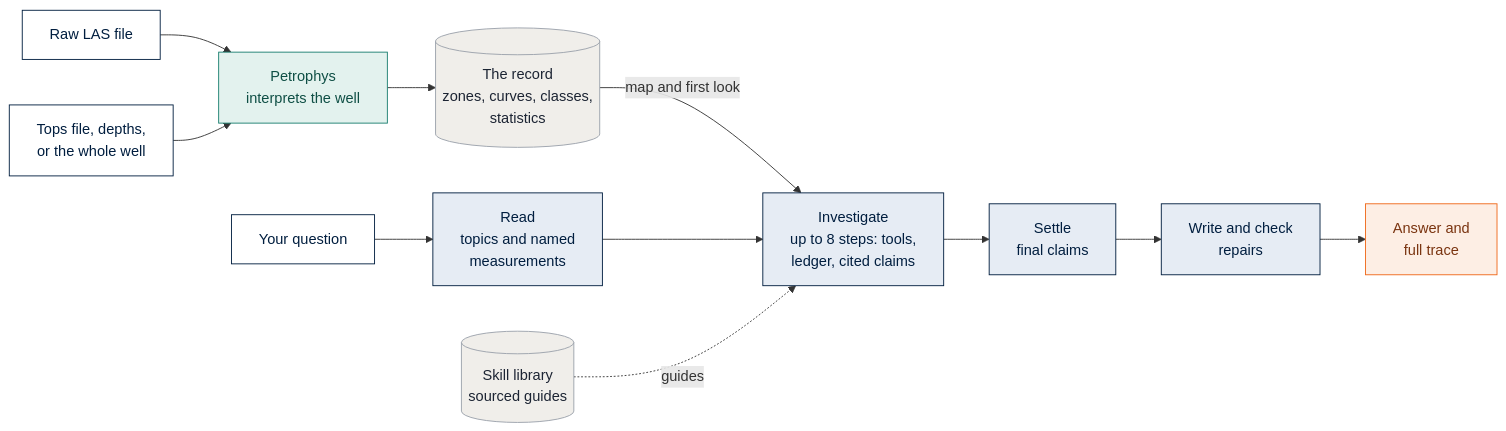
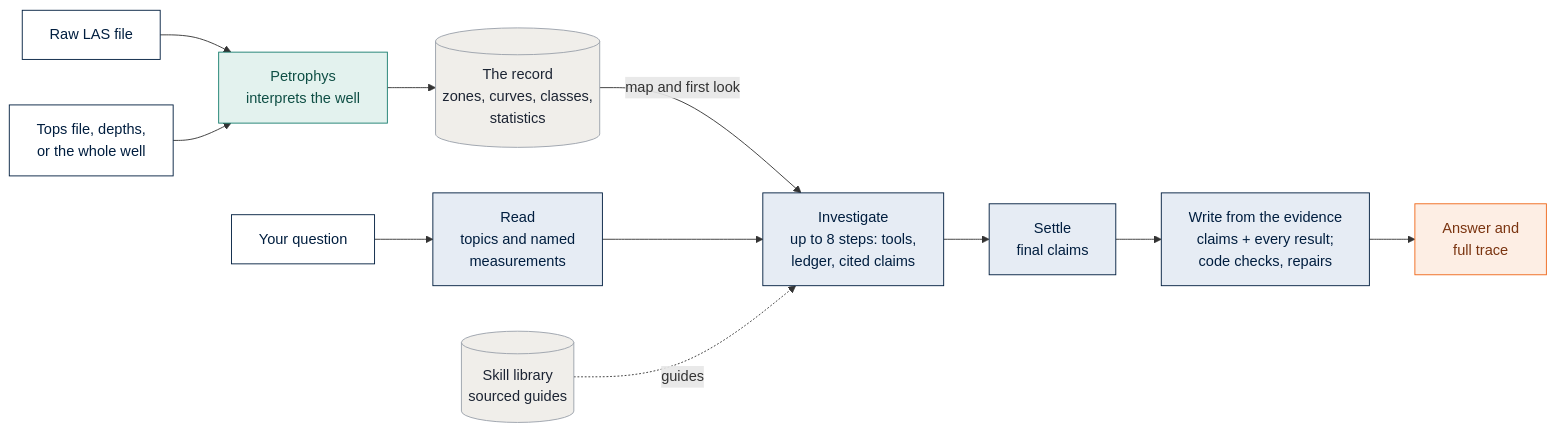
One commit to sambalshikhar/PetroHarness changed the diagram in README.md. Above: the diagram before and after it, drawn with Mermaid. The commit also changed other lines of this file and 59 other files, not shown here.

````diff
--- a/README.md
+++ b/README.md
@@ -130,28 +136,28 @@
 ```mermaid
 flowchart LR
     las["Raw LAS file"]:::input
     where["Tops file, depths,<br/>or the whole well"]:::input
     q["Your question"]:::input
     pp["Petrophys<br/>interprets the well"]:::petrophys
     rec[("The record<br/>zones, curves, classes,<br/>statistics")]:::record
     read["Read<br/>topics and named<br/>measurements"]:::model
     inv["Investigate<br/>up to 8 steps: tools,<br/>ledger, cited claims"]:::model
     skills[("Skill library<br/>sourced guides")]:::record
     settle["Settle<br/>final claims"]:::model
-    write["Write and check<br/>repairs"]:::model
+    write["Write from the evidence<br/>claims + every result;<br/>code checks, repairs"]:::model
     out["Answer and<br/>full trace"]:::output
 
     las --> pp
     where --> pp
     pp --> rec
     rec -- "map and first look" --> inv
     q --> read --> inv
     skills -. "guides" .-> inv
     inv --> settle --> write --> out
 
     classDef input fill:#ffffff,stroke:#011e3f,color:#011e3f
     classDef petrophys fill:#e3f2ee,stroke:#197e6f,color:#0f4f45
     classDef record fill:#f0eeea,stroke:#9aa0aa,color:#1c2433
     classDef model fill:#e6ecf4,stroke:#011e3f,color:#011e3f
     classDef output fill:#fdeee4,stroke:#ef6719,color:#7a3410
 ```
````
